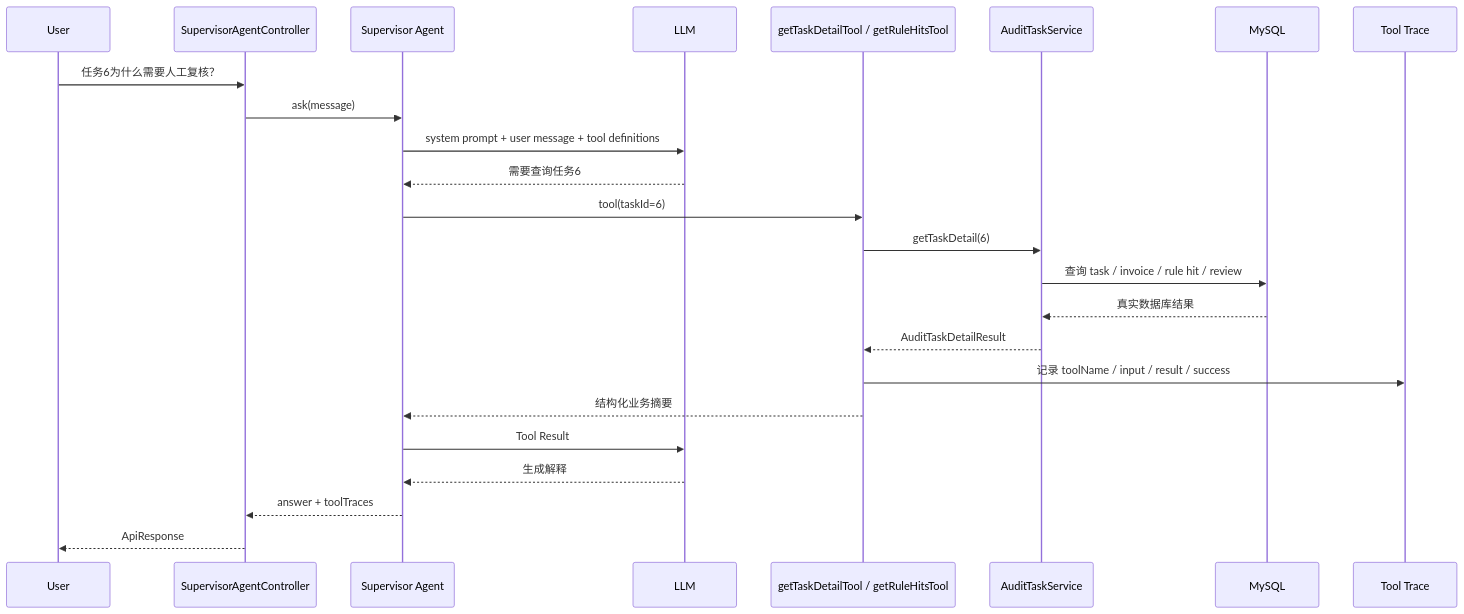
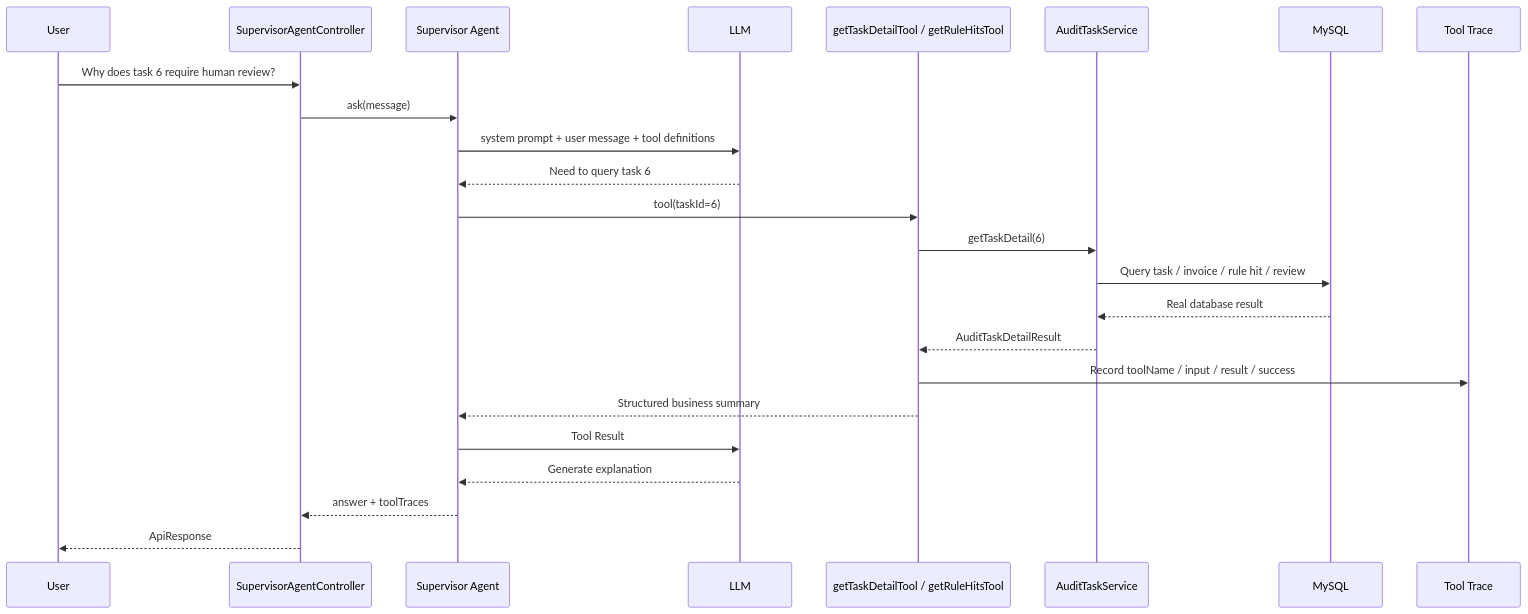
Before and after one commit to Chuan1130/invoice-agent-system: the fourth of 5 diagrams in README.md, drawn with Mermaid. The commit also changed other lines of this file, not shown here.

````diff
--- a/README.md
+++ b/README.md
@@ -214,27 +214,27 @@
 ```mermaid
 sequenceDiagram
     participant U as User
     participant C as SupervisorAgentController
     participant S as Supervisor Agent
     participant L as LLM
     participant T as getTaskDetailTool / getRuleHitsTool
     participant BS as AuditTaskService
     participant DB as MySQL
     participant TR as Tool Trace
 
-    U->>C: 任务6为什么需要人工复核？
+    U->>C: Why does task 6 require human review?
     C->>S: ask(message)
     S->>L: system prompt + user message + tool definitions
-    L-->>S: 需要查询任务6
+    L-->>S: Need to query task 6
     S->>T: tool(taskId=6)
     T->>BS: getTaskDetail(6)
-    BS->>DB: 查询 task / invoice / rule hit / review
-    DB-->>BS: 真实数据库结果
+    BS->>DB: Query task / invoice / rule hit / review
+    DB-->>BS: Real database result
     BS-->>T: AuditTaskDetailResult
-    T->>TR: 记录 toolName / input / result / success
-    T-->>S: 结构化业务摘要
+    T->>TR: Record toolName / input / result / success
+    T-->>S: Structured business summary
     S->>L: Tool Result
-    L-->>S: 生成解释
+    L-->>S: Generate explanation
     S-->>C: answer + toolTraces
     C-->>U: ApiResponse
 ```
````
